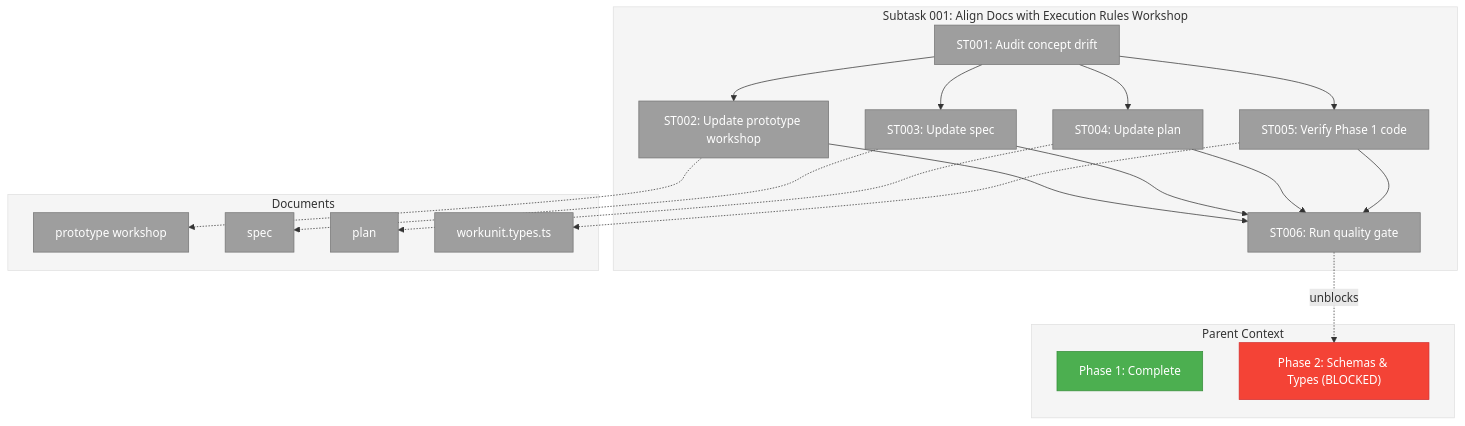
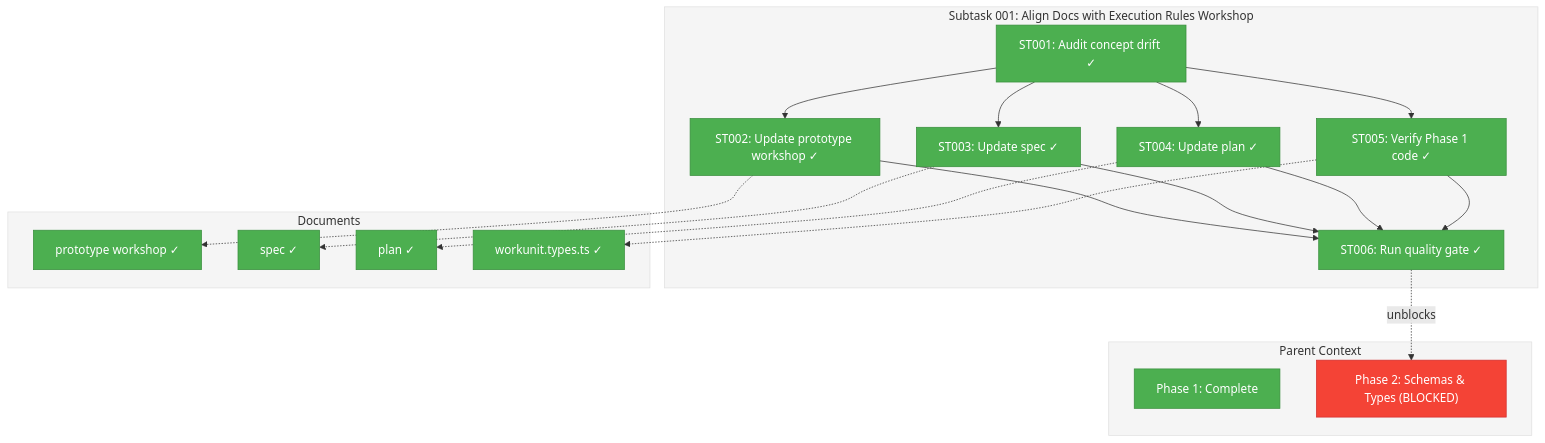
Before and after one commit to AI-Substrate/chainglass: the first of 3 diagrams in docs/plans/026-positional-graph/tasks/phase-1-workunit-type-extraction/001-subtask-align-docs-with-execution-rules-workshop.md, drawn with Mermaid. The commit also changed other lines of this file and 5 other files, not shown here.

First line of the commit message:
docs(026): align spec, plan, and prototype workshop with execution rules workshop

````diff
--- a/docs/plans/026-positional-graph/tasks/phase-1-workunit-type-extraction/001-subtask-align-docs-with-execution-rules-workshop.md
+++ b/docs/plans/026-positional-graph/tasks/phase-1-workunit-type-extraction/001-subtask-align-docs-with-execution-rules-workshop.md
@@ -252,47 +252,47 @@
 ```mermaid
 flowchart TD
     classDef pending fill:#9E9E9E,stroke:#757575,color:#fff
     classDef inprogress fill:#FF9800,stroke:#F57C00,color:#fff
     classDef completed fill:#4CAF50,stroke:#388E3C,color:#fff
     classDef blocked fill:#F44336,stroke:#D32F2F,color:#fff
 
     style Parent fill:#F5F5F5,stroke:#E0E0E0
     style Subtask fill:#F5F5F5,stroke:#E0E0E0
     style Docs fill:#F5F5F5,stroke:#E0E0E0
 
     subgraph Parent["Parent Context"]
         P1["Phase 1: Complete"]:::completed
         P2["Phase 2: Schemas & Types (BLOCKED)"]:::blocked
     end
 
     subgraph Subtask["Subtask 001: Align Docs with Execution Rules Workshop"]
-        ST001["ST001: Audit concept drift"]:::pending
-        ST002["ST002: Update prototype workshop"]:::pending
-        ST003["ST003: Update spec"]:::pending
-        ST004["ST004: Update plan"]:::pending
-        ST005["ST005: Verify Phase 1 code"]:::pending
-        ST006["ST006: Run quality gate"]:::pending
+        ST001["ST001: Audit concept drift ✓"]:::completed
+        ST002["ST002: Update prototype workshop ✓"]:::completed
+        ST003["ST003: Update spec ✓"]:::completed
+        ST004["ST004: Update plan ✓"]:::completed
+        ST005["ST005: Verify Phase 1 code ✓"]:::completed
+        ST006["ST006: Run quality gate ✓"]:::completed
 
         ST001 --> ST002
         ST001 --> ST003
         ST001 --> ST004
         ST001 --> ST005
         ST002 --> ST006
         ST003 --> ST006
         ST004 --> ST006
         ST005 --> ST006
     end
 
     subgraph Docs["Documents"]
-        D1["prototype workshop"]:::pending
-        D2["spec"]:::pending
-        D3["plan"]:::pending
-        D4["workunit.types.ts"]:::pending
+        D1["prototype workshop ✓"]:::completed
+        D2["spec ✓"]:::completed
+        D3["plan ✓"]:::completed
+        D4["workunit.types.ts ✓"]:::completed
     end
 
     ST002 -.-> D1
     ST003 -.-> D2
     ST004 -.-> D3
     ST005 -.-> D4
     ST006 -.->|unblocks| P2
 ```
````
